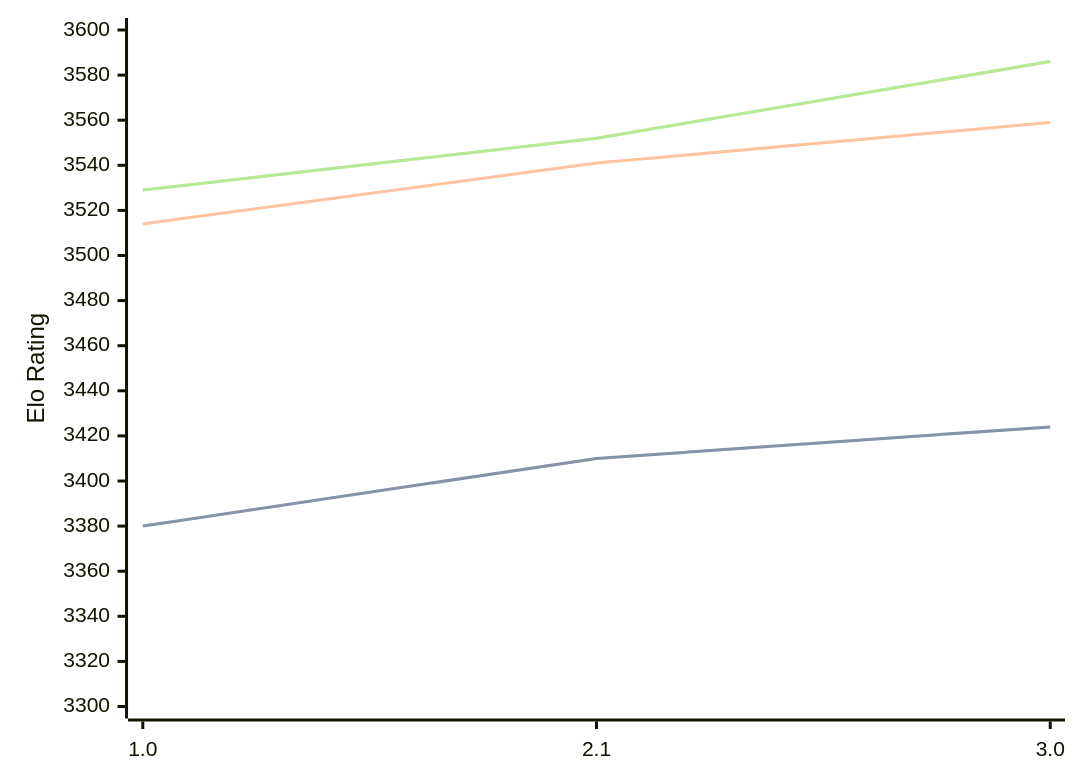
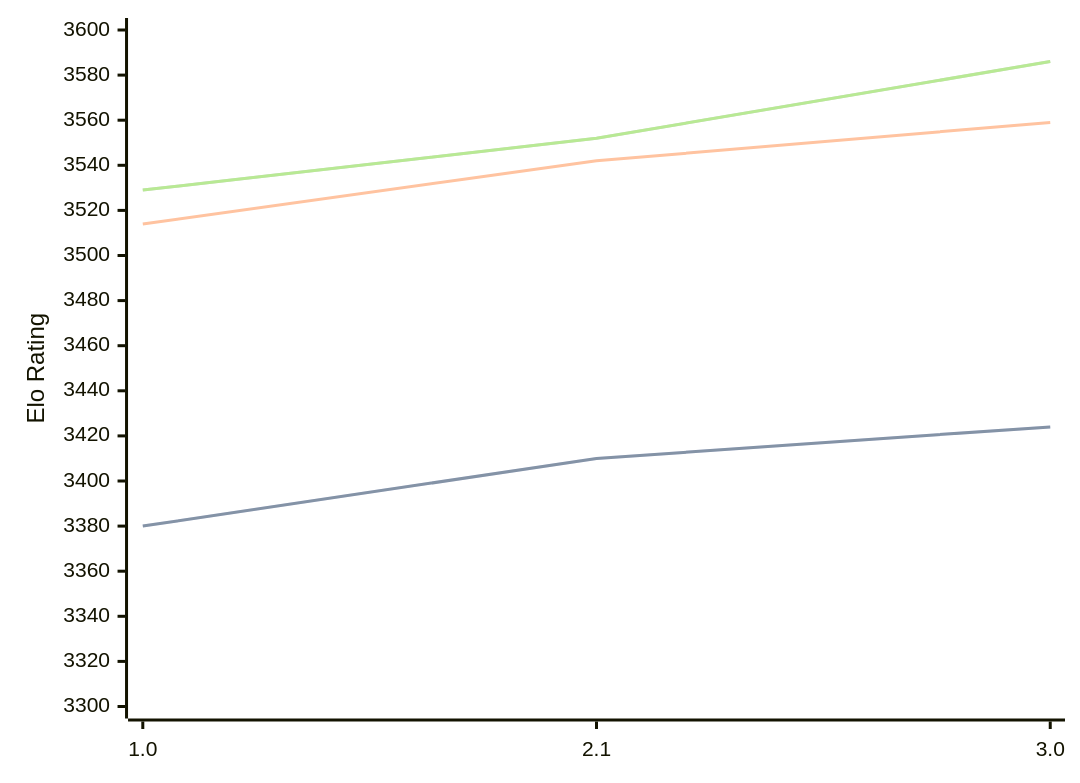
One commit to computer-chess-index/cci changed the diagram in engines/Hobbes.md. Above: the diagram before and after it, drawn with Mermaid. The commit also changed other lines of this file, not shown here.

````diff
--- a/engines/Hobbes.md
+++ b/engines/Hobbes.md
@@ -33,11 +33,11 @@
 ```mermaid
 %%{init: {"theme":"base","themeVariables":{"seriesColors:['#a3a3a3','#222221','#faa371']}}}%%
 xychart-beta
   x-axis ["1.0", "2.1", "3.0"]
   y-axis "Elo Rating" 3300 --> 3600
   line "" [3380, 3410, 3424]
   line "STC (8.0+0.08s)" [3380, 3410, 3424]
-  line "LTC (60.0+0.60s)" [3514, 3541, 3559]
+  line "LTC (60.0+0.60s)" [3514, 3542, 3559]
   line "" [3529, 3552, 3586]
   line "VLTC (2m24s+1.12s)" [3529, 3552, 3586]
 ```
````
